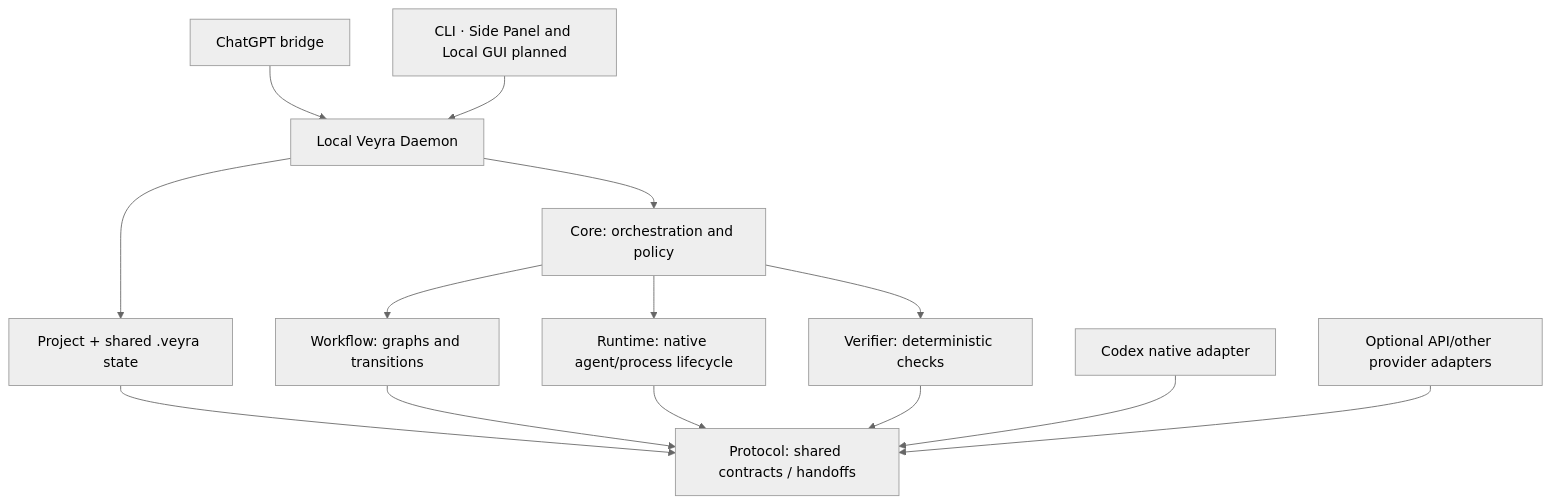
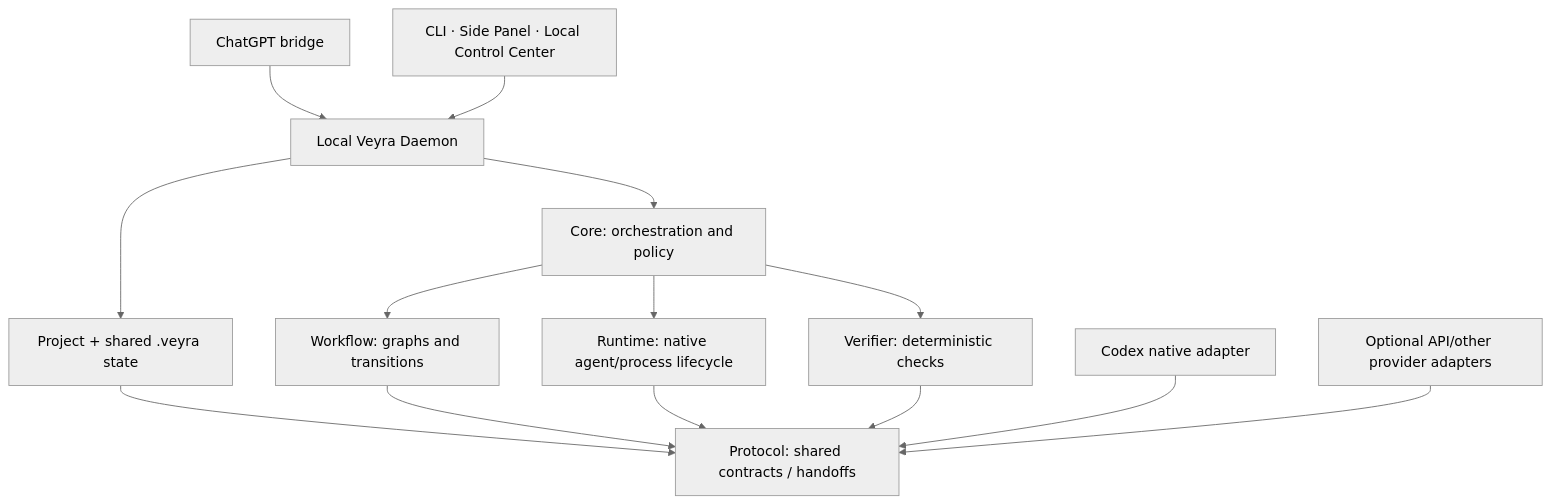
Before and after one commit to iamzjt-front-end/veyra: the diagram in README.md, drawn with Mermaid (neutral theme). The commit also changed other lines of this file and 9 other files, not shown here.

````diff
--- a/README.md
+++ b/README.md
@@ -151,16 +151,16 @@
 ```mermaid
 flowchart TB
   chat["ChatGPT bridge"] --> daemon["Local Veyra Daemon"]
-  cli["CLI · Side Panel and Local GUI planned"] --> daemon
+  cli["CLI · Side Panel · Local Control Center"] --> daemon
   daemon --> project["Project + shared .veyra state"]
   daemon --> core["Core: orchestration and policy"]
   core --> workflow["Workflow: graphs and transitions"]
   core --> runtime["Runtime: native agent/process lifecycle"]
   core --> verifier["Verifier: deterministic checks"]
   project --> protocol["Protocol: shared contracts / handoffs"]
   workflow --> protocol
   runtime --> protocol
   verifier --> protocol
   codex["Codex native adapter"] --> protocol
   optional["Optional API/other provider adapters"] --> protocol
 ```
````
